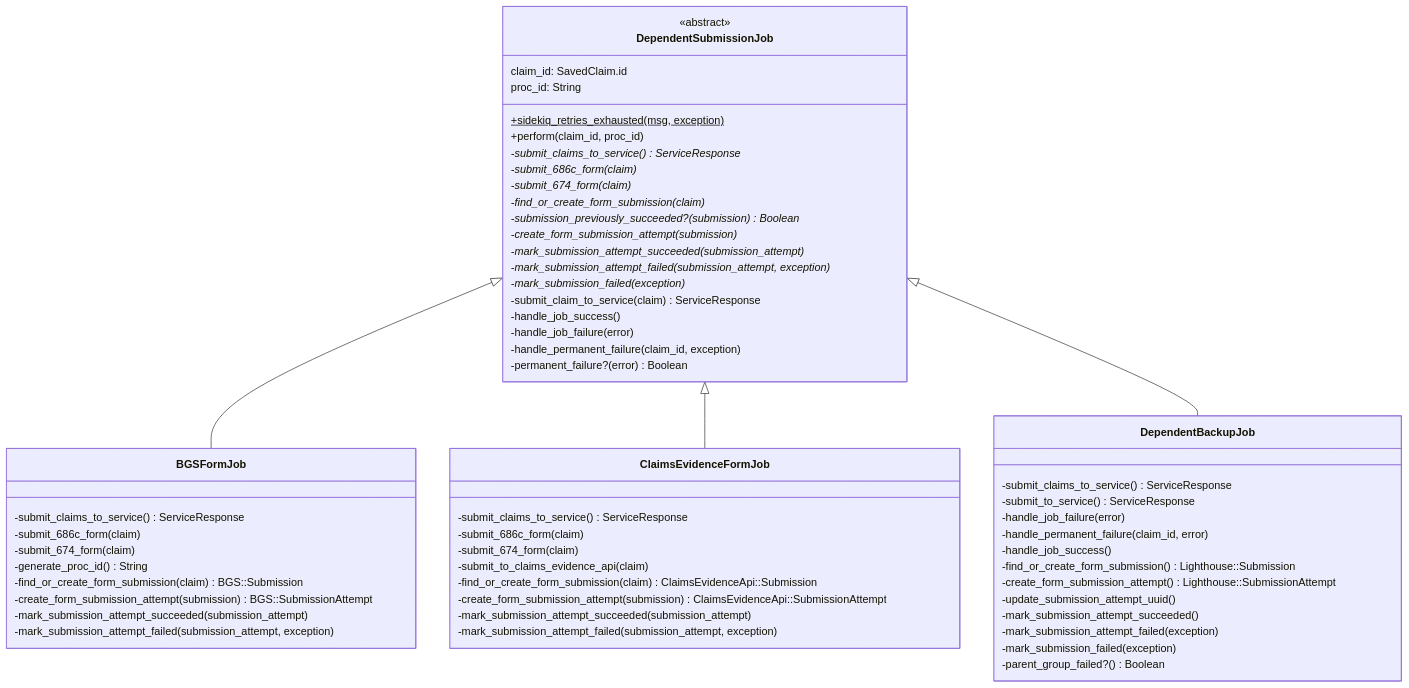
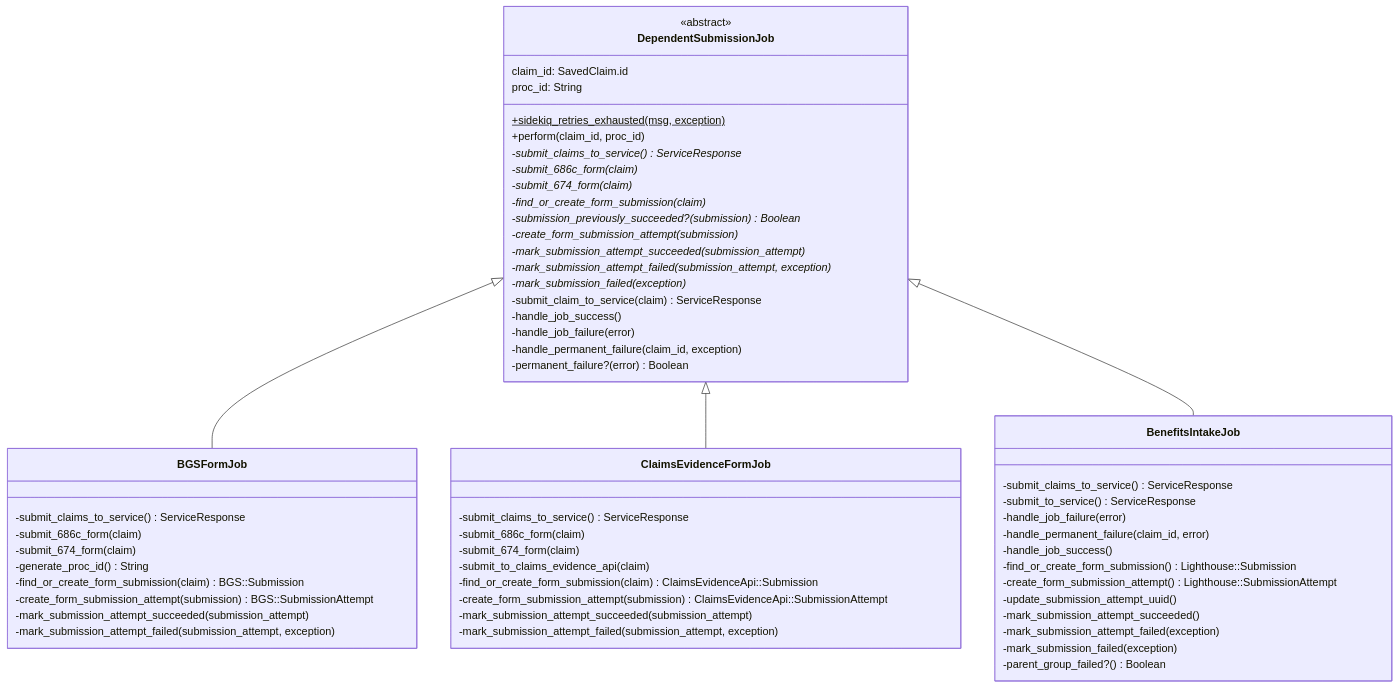
The fourth of 4 diagrams in modules/dependents_benefits/documentation/data_flow_diagrams/class_diagrams.md (department-of-veterans-affairs/vets-api), drawn with Mermaid before and after one commit. The commit also changed 8 other files, not shown here.

Commit message:
Rename DependentBackupJob

````diff
--- a/modules/dependents_benefits/documentation/data_flow_diagrams/class_diagrams.md
+++ b/modules/dependents_benefits/documentation/data_flow_diagrams/class_diagrams.md
@@ -65,65 +65,65 @@
 ```mermaid
 classDiagram
     class DependentSubmissionJob {
         <<abstract>>
         claim_id: SavedClaim.id
         proc_id: String
         +sidekiq_retries_exhausted(msg, exception)$
         +perform(claim_id, proc_id)
         -submit_claims_to_service()* ServiceResponse
         -submit_686c_form(claim)*
         -submit_674_form(claim)*
         -find_or_create_form_submission(claim)*
         -submission_previously_succeeded?(submission)* Boolean
         -create_form_submission_attempt(submission)*
         -mark_submission_attempt_succeeded(submission_attempt)*
         -mark_submission_attempt_failed(submission_attempt, exception)*
         -mark_submission_failed(exception)*
         -submit_claim_to_service(claim) ServiceResponse
         -handle_job_success()
         -handle_job_failure(error)
         -handle_permanent_failure(claim_id, exception)
         -permanent_failure?(error) Boolean
     }
 
     class BGSFormJob {
         -submit_claims_to_service() ServiceResponse
         -submit_686c_form(claim)
         -submit_674_form(claim)
         -generate_proc_id() String
         -find_or_create_form_submission(claim) BGS::Submission
         -create_form_submission_attempt(submission) BGS::SubmissionAttempt
         -mark_submission_attempt_succeeded(submission_attempt)
         -mark_submission_attempt_failed(submission_attempt, exception)
     }
 
     class ClaimsEvidenceFormJob {
         -submit_claims_to_service() ServiceResponse
         -submit_686c_form(claim)
         -submit_674_form(claim)
         -submit_to_claims_evidence_api(claim)
         -find_or_create_form_submission(claim) ClaimsEvidenceApi::Submission
         -create_form_submission_attempt(submission) ClaimsEvidenceApi::SubmissionAttempt
         -mark_submission_attempt_succeeded(submission_attempt)
         -mark_submission_attempt_failed(submission_attempt, exception)
     }
 
-    class DependentBackupJob {
+    class BenefitsIntakeJob {
         -submit_claims_to_service() ServiceResponse
         -submit_to_service() ServiceResponse
         -handle_job_failure(error)
         -handle_permanent_failure(claim_id, error)
         -handle_job_success()
         -find_or_create_form_submission() Lighthouse::Submission
         -create_form_submission_attempt() Lighthouse::SubmissionAttempt
         -update_submission_attempt_uuid()
         -mark_submission_attempt_succeeded()
         -mark_submission_attempt_failed(exception)
         -mark_submission_failed(exception)
         -parent_group_failed?() Boolean
     }
 
     DependentSubmissionJob <|-- BGSFormJob
     DependentSubmissionJob <|-- ClaimsEvidenceFormJob
-    DependentSubmissionJob <|-- DependentBackupJob
+    DependentSubmissionJob <|-- BenefitsIntakeJob
 ```
````
